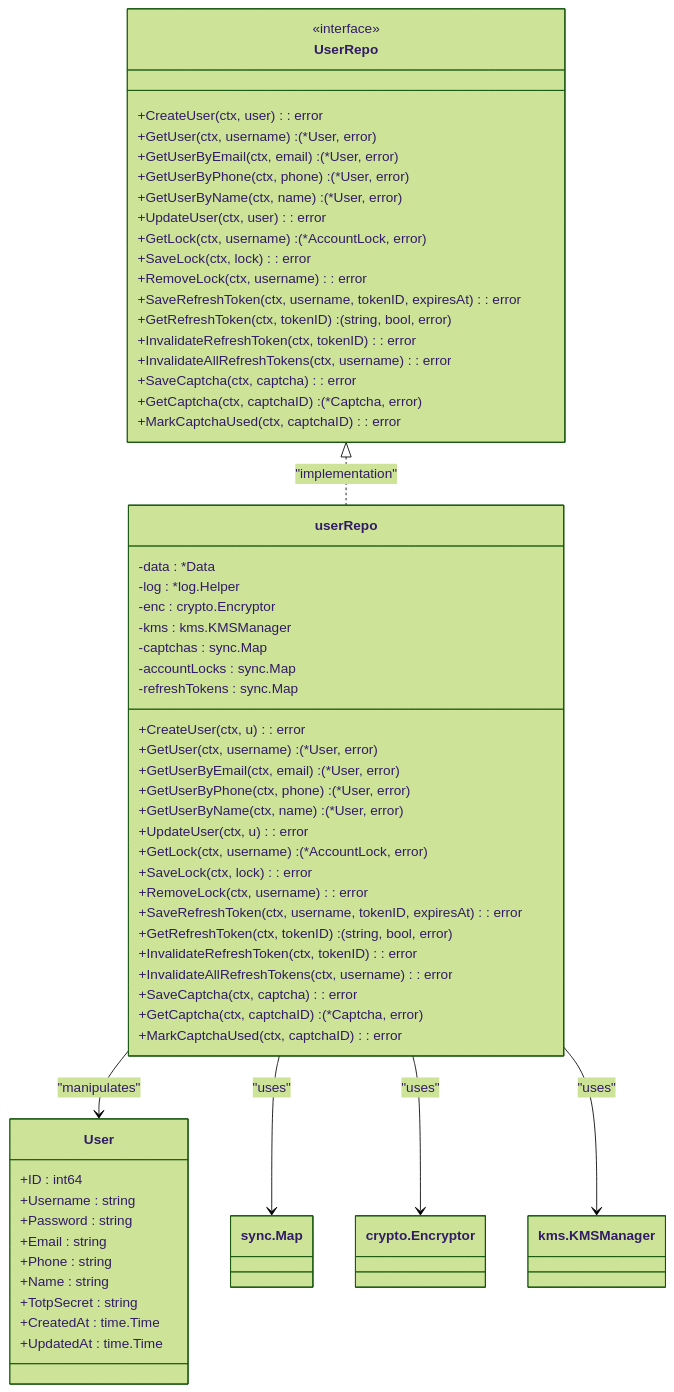
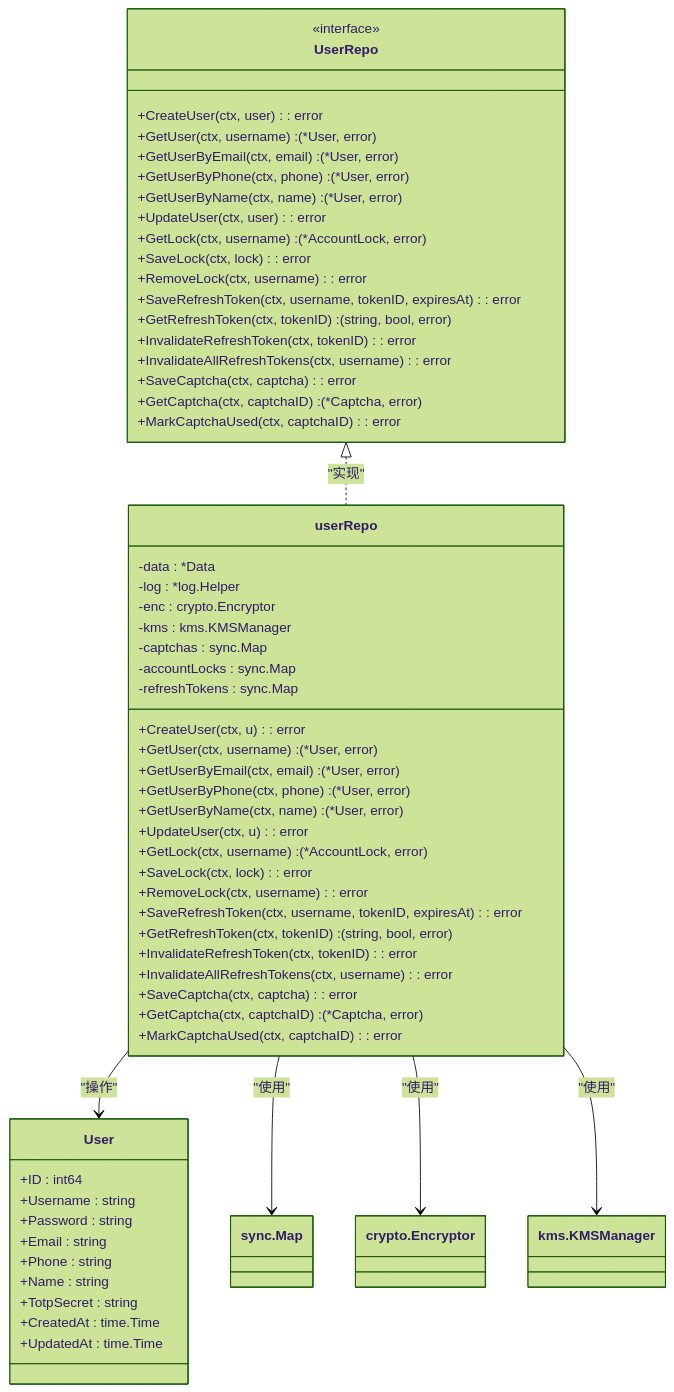
Before and after one commit to 26huitailang/kratos-boilerplate: the fifth of 6 diagrams in .qoder/repowiki/zh/content/Security Considerations/Authentication Flow Security.md, drawn with Mermaid (forest theme). The commit also changed other lines of this file and 31 other files, not shown here.

````diff
--- a/.qoder/repowiki/zh/content/Security Considerations/Authentication Flow Security.md
+++ b/.qoder/repowiki/zh/content/Security Considerations/Authentication Flow Security.md
@@ -238,63 +246,63 @@
 ```mermaid
 classDiagram
 class UserRepo {
 <<interface>>
 +CreateUser(ctx, user) : error
 +GetUser(ctx, username) : (*User, error)
 +GetUserByEmail(ctx, email) : (*User, error)
 +GetUserByPhone(ctx, phone) : (*User, error)
 +GetUserByName(ctx, name) : (*User, error)
 +UpdateUser(ctx, user) : error
 +GetLock(ctx, username) : (*AccountLock, error)
 +SaveLock(ctx, lock) : error
 +RemoveLock(ctx, username) : error
 +SaveRefreshToken(ctx, username, tokenID, expiresAt) : error
 +GetRefreshToken(ctx, tokenID) : (string, bool, error)
 +InvalidateRefreshToken(ctx, tokenID) : error
 +InvalidateAllRefreshTokens(ctx, username) : error
 +SaveCaptcha(ctx, captcha) : error
 +GetCaptcha(ctx, captchaID) : (*Captcha, error)
 +MarkCaptchaUsed(ctx, captchaID) : error
 }
 class userRepo {
 -data : *Data
 -log : *log.Helper
 -enc : crypto.Encryptor
 -kms : kms.KMSManager
 -captchas : sync.Map
 -accountLocks : sync.Map
 -refreshTokens : sync.Map
 +CreateUser(ctx, u) : error
 +GetUser(ctx, username) : (*User, error)
 +GetUserByEmail(ctx, email) : (*User, error)
 +GetUserByPhone(ctx, phone) : (*User, error)
 +GetUserByName(ctx, name) : (*User, error)
 +UpdateUser(ctx, u) : error
 +GetLock(ctx, username) : (*AccountLock, error)
 +SaveLock(ctx, lock) : error
 +RemoveLock(ctx, username) : error
 +SaveRefreshToken(ctx, username, tokenID, expiresAt) : error
 +GetRefreshToken(ctx, tokenID) : (string, bool, error)
 +InvalidateRefreshToken(ctx, tokenID) : error
 +InvalidateAllRefreshTokens(ctx, username) : error
 +SaveCaptcha(ctx, captcha) : error
 +GetCaptcha(ctx, captchaID) : (*Captcha, error)
 +MarkCaptchaUsed(ctx, captchaID) : error
 }
 class User {
 +ID : int64
 +Username : string
 +Password : string
 +Email : string
 +Phone : string
 +Name : string
 +TotpSecret : string
 +CreatedAt : time.Time
 +UpdatedAt : time.Time
 }
-UserRepo <|.. userRepo : "implementation"
-userRepo --> User : "manipulates"
-userRepo --> sync.Map : "uses"
-userRepo --> crypto.Encryptor : "uses"
-userRepo --> kms.KMSManager : "uses"
+UserRepo <|.. userRepo : "实现"
+userRepo --> User : "操作"
+userRepo --> sync.Map : "使用"
+userRepo --> crypto.Encryptor : "使用"
+userRepo --> kms.KMSManager : "使用"
 ```
````
